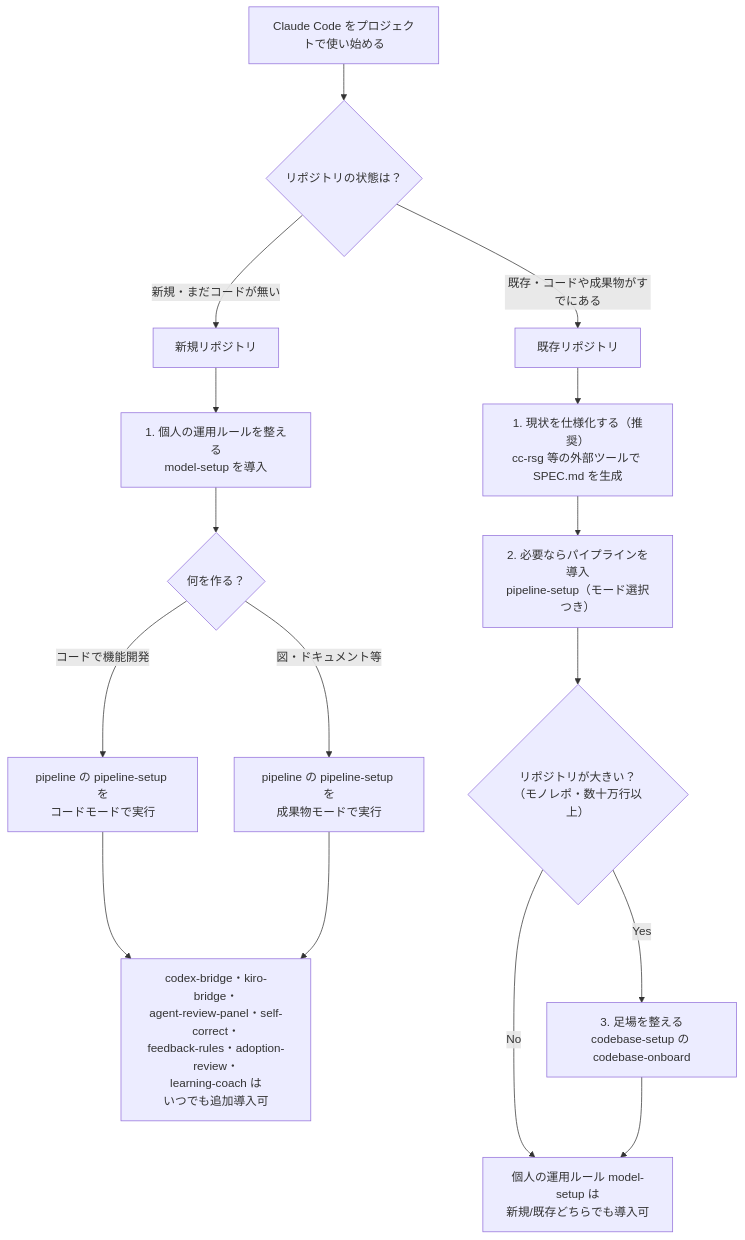
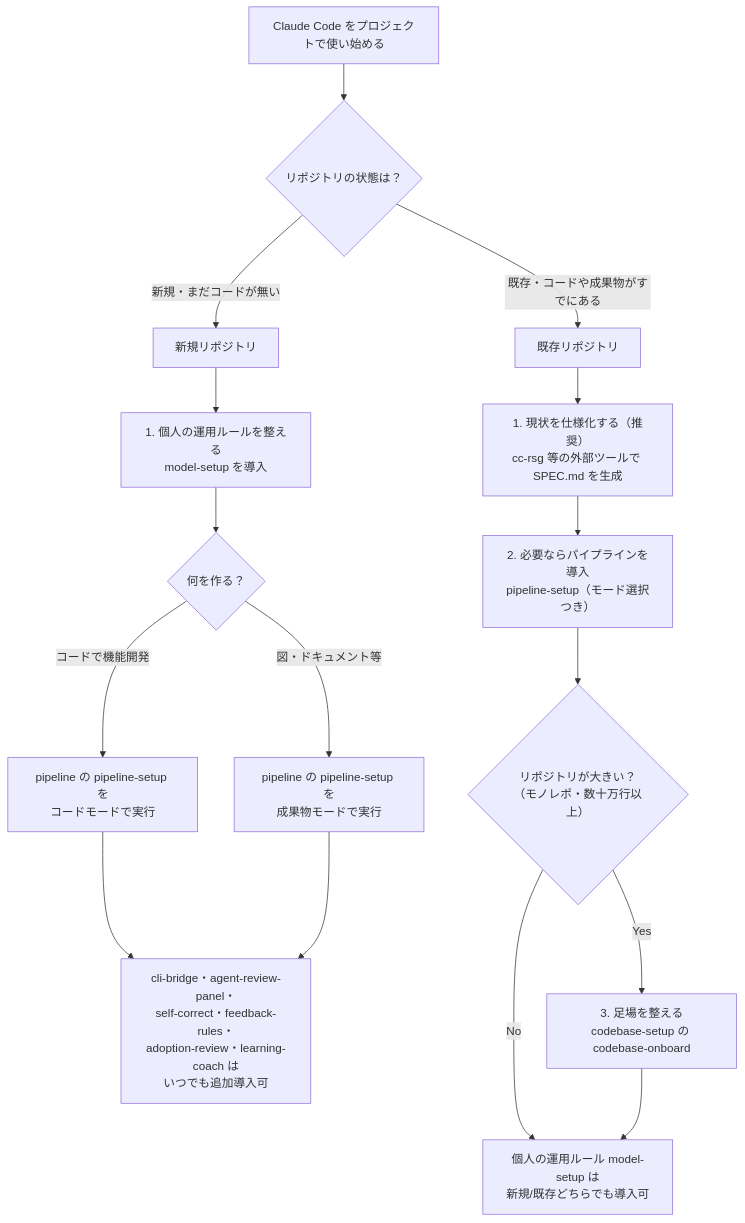
One commit to mrkxlia/claude-code-workbench-ja changed the first of 2 diagrams in README.md. Above: the diagram before and after it, drawn with Mermaid. The commit also changed other lines of this file and 32 other files, not shown here.

First line of the commit message:
docs: cli-bridge への統合に伴う参照更新と README 改稿

````diff
--- a/README.md
+++ b/README.md
@@ -9,20 +9,20 @@
 ```mermaid
 flowchart TD
     Start["Claude Code をプロジェクトで使い始める"] --> Q{"リポジトリの状態は？"}
     Q -->|"新規・まだコードが無い"| New["新規リポジトリ"]
     Q -->|"既存・コードや成果物がすでにある"| Existing["既存リポジトリ"]
 
     New --> N1["1. 個人の運用ルールを整える<br/>model-setup を導入"]
     N1 --> N2{"何を作る？"}
     N2 -->|"コードで機能開発"| N3["pipeline の pipeline-setup を<br/>コードモードで実行"]
     N2 -->|"図・ドキュメント等"| N4["pipeline の pipeline-setup を<br/>成果物モードで実行"]
-    N3 --> N6["codex-bridge・kiro-bridge・<br/>agent-review-panel・self-correct・<br/>feedback-rules・adoption-review・<br/>learning-coach は<br/>いつでも追加導入可"]
+    N3 --> N6["cli-bridge・agent-review-panel・<br/>self-correct・feedback-rules・<br/>adoption-review・learning-coach は<br/>いつでも追加導入可"]
     N4 --> N6
 
     Existing --> E1["1. 現状を仕様化する（推奨）<br/>cc-rsg 等の外部ツールで SPEC.md を生成"]
     E1 --> E2["2. 必要ならパイプラインを導入<br/>pipeline-setup（モード選択つき）"]
     E2 --> E2b{"リポジトリが大きい？<br/>（モノレポ・数十万行以上）"}
     E2b -->|"Yes"| E2c["3. 足場を整える<br/>codebase-setup の codebase-onboard"]
     E2b -->|"No"| E3
     E2c --> E3["個人の運用ルール model-setup は<br/>新規/既存どちらでも導入可"]
 ```
````
